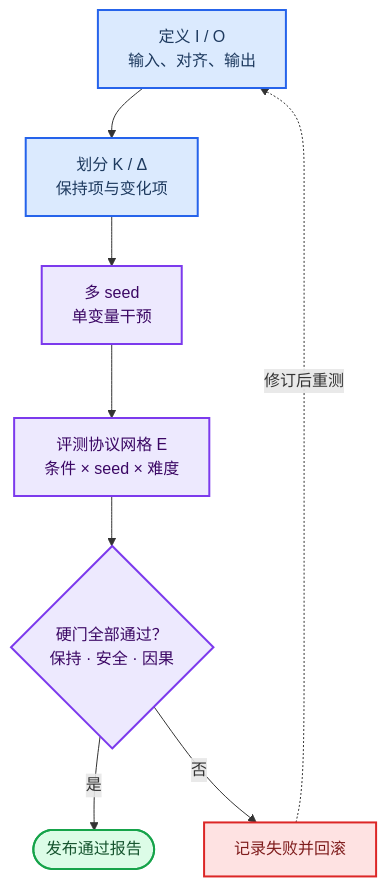
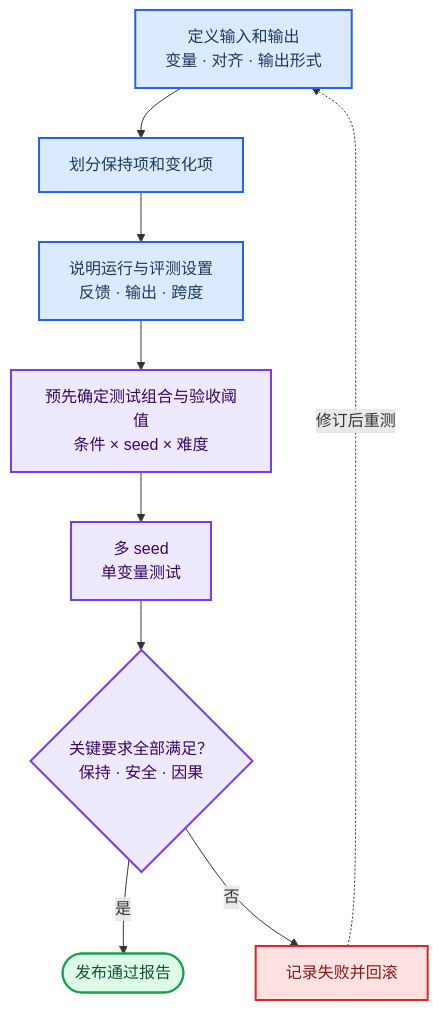
The second of 2 diagrams in docs/taxonomy.md (GVCLab/Video-Generation-101), drawn with Mermaid before and after one commit. The commit also changed other lines of this file and 15 other files, not shown here.

```diff
--- a/docs/taxonomy.md
+++ b/docs/taxonomy.md
@@ -259,23 +231,24 @@
 ~~~mermaid
 flowchart TB
-    accTitle: 从任务合同到证伪结论
-    accDescr: 先定义输入输出和保持变化账本，再用多随机种子的单变量干预覆盖评测协议网格，最后由不可补偿的硬门决定发布报告或失败回滚。
+    accTitle: 从任务定义到验收结论
+    accDescr: 先定义输入输出、保持项、变化项和运行方式，再预先确定测试组合与验收阈值，然后以多个随机种子做单变量测试，最后判定通过或失败。
 
-    define_io["定义 I / O<br/>输入、对齐、输出"] --> define_ledgers["划分 K / Δ<br/>保持项与变化项"]
-    define_ledgers --> run_interventions["多 seed<br/>单变量干预"]
-    run_interventions --> build_protocol_grid["评测协议网格 E<br/>条件 × seed × 难度"]
-    build_protocol_grid --> check_hard_gates{"硬门全部通过？<br/>保持 · 安全 · 因果"}
+    define_io["定义输入和输出<br/>变量 · 对齐 · 输出形式"] --> define_changes["划分保持项和变化项"]
+    define_changes --> define_run["说明运行与评测设置<br/>反馈 · 输出 · 跨度"]
+    define_run --> set_criteria["预先确定测试组合与验收阈值<br/>条件 × seed × 难度"]
+    set_criteria --> run_interventions["多 seed<br/>单变量测试"]
+    run_interventions --> check_hard_gates{"关键要求全部满足？<br/>保持 · 安全 · 因果"}
     check_hard_gates -->|是| publish_report(["发布通过报告"])
     check_hard_gates -->|否| rollback_failure["记录失败并回滚"]
     rollback_failure -.->|修订后重测| define_io
 
-    classDef contract_part fill:#dbeafe,stroke:#2563eb,stroke-width:2px,color:#1e3a5f
+    classDef definition_part fill:#dbeafe,stroke:#2563eb,stroke-width:2px,color:#1e3a5f
     classDef validation_step fill:#ede9fe,stroke:#7c3aed,stroke-width:2px,color:#3b0764
     classDef success_result fill:#dcfce7,stroke:#16a34a,stroke-width:2px,color:#14532d
     classDef failure_result fill:#fee2e2,stroke:#dc2626,stroke-width:2px,color:#7f1d1d
 
-    class define_io,define_ledgers contract_part
-    class run_interventions,build_protocol_grid,check_hard_gates validation_step
+    class define_io,define_changes,define_run definition_part
+    class set_criteria,run_interventions,check_hard_gates validation_step
     class publish_report success_result
     class rollback_failure failure_result
 ~~~
```
